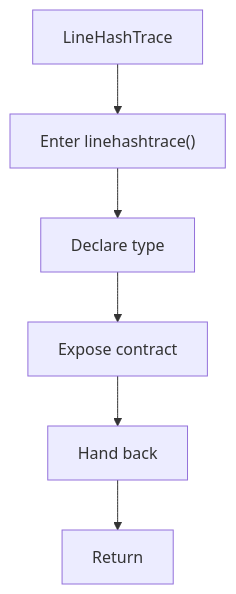
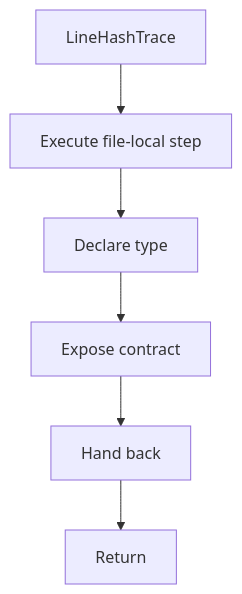
Before and after one commit to JohnAndrewBalbarosa/NeoTerritory: the diagram in docs/Codebase/Microservice/Modules/Header/SyntacticBrokenAST/Trees/Actual/Flow/functions/linehashtrace.hpp.md, drawn with Mermaid. The commit also changed other lines of this file and 925 other files, not shown here.

````diff
--- a/docs/Codebase/Microservice/Modules/Header/SyntacticBrokenAST/Trees/Actual/Flow/functions/linehashtrace.hpp.md
+++ b/docs/Codebase/Microservice/Modules/Header/SyntacticBrokenAST/Trees/Actual/Flow/functions/linehashtrace.hpp.md
@@ -16,14 +16,14 @@
 ```mermaid
 flowchart TD
     Start["LineHashTrace"]
-    N0["Enter linehashtrace()"]
+    N0["Execute file-local step"]
     N1["Declare type"]
     N2["Expose contract"]
     N3["Hand back"]
     End["Return"]
     Start --> N0
     N0 --> N1
     N1 --> N2
     N2 --> N3
     N3 --> End
 ```
````
